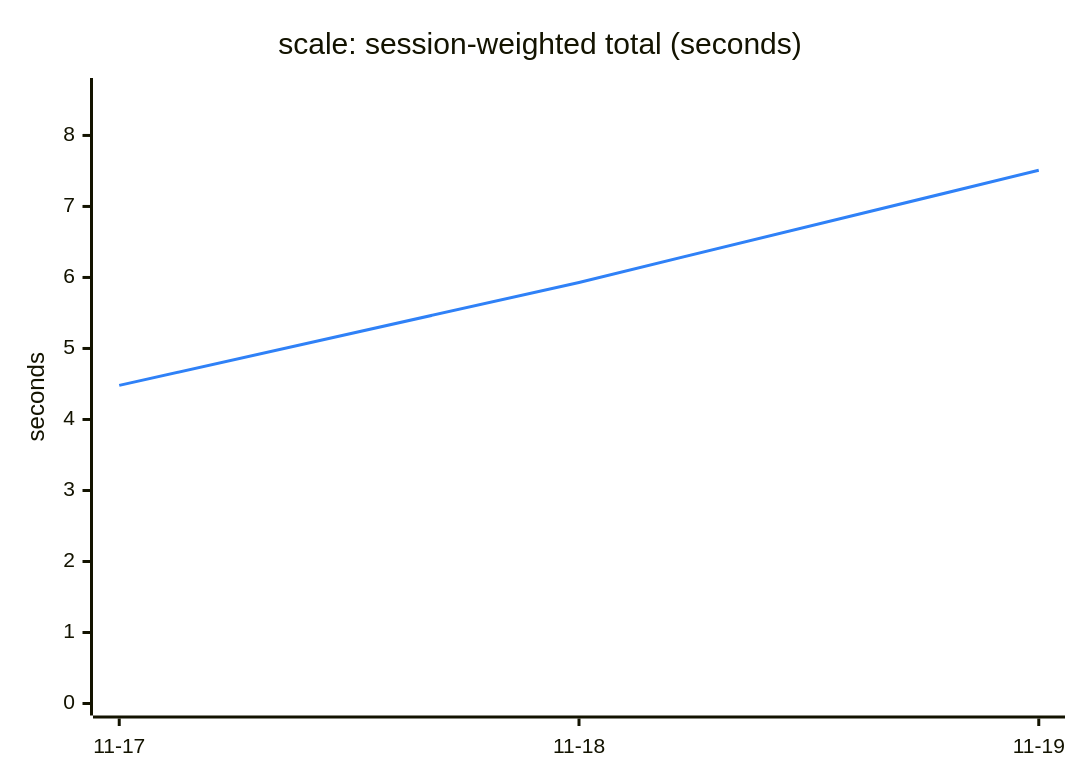
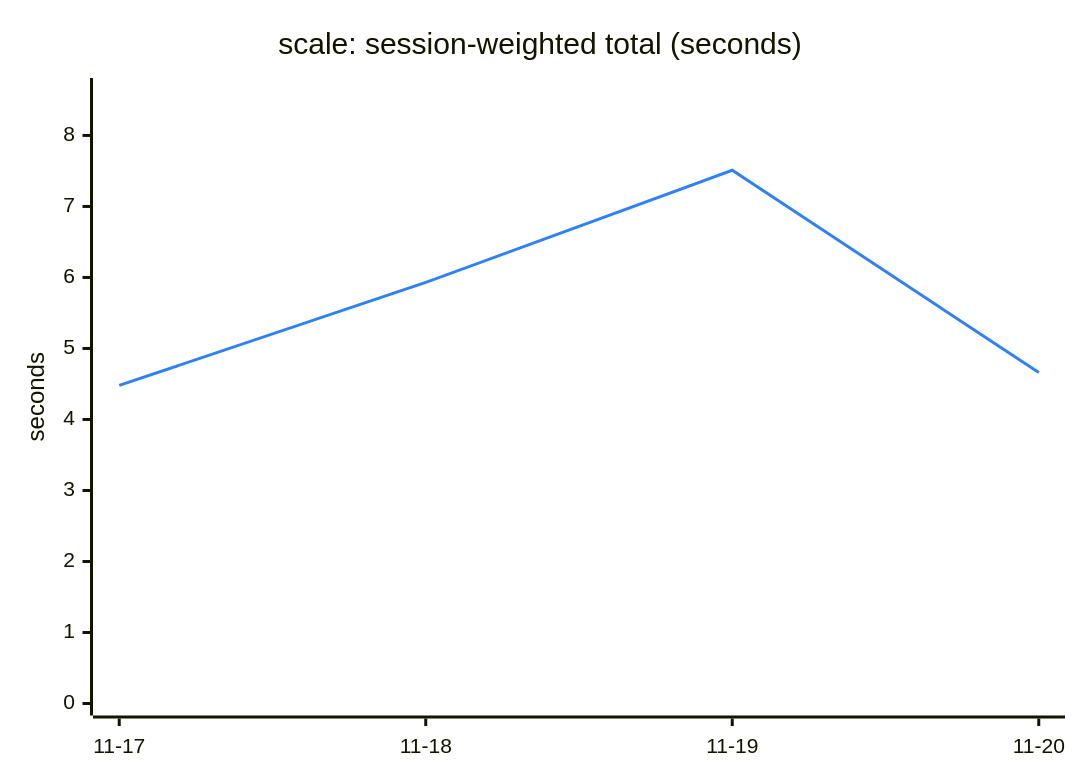
One commit to Ricovl/mxcli changed the third of 6 diagrams in TREND.md. Above: the diagram before and after it, drawn with Mermaid. The commit also changed other lines of this file and 2 other files, not shown here.

````diff
--- a/TREND.md
+++ b/TREND.md
@@ -83,13 +83,13 @@
 ```mermaid
 ---
 config:
   themeVariables:
     xyChart:
       plotColorPalette: "#2f81f7"
 ---
 xychart-beta
     title "scale: session-weighted total (seconds)"
-    x-axis ["11-17", "11-18", "11-19"]
+    x-axis ["11-17", "11-18", "11-19", "11-20"]
     y-axis "seconds" 0 --> 8.64
-    line [4.48, 5.93, 7.51]
+    line [4.48, 5.93, 7.51, 4.66]
 ```
````
